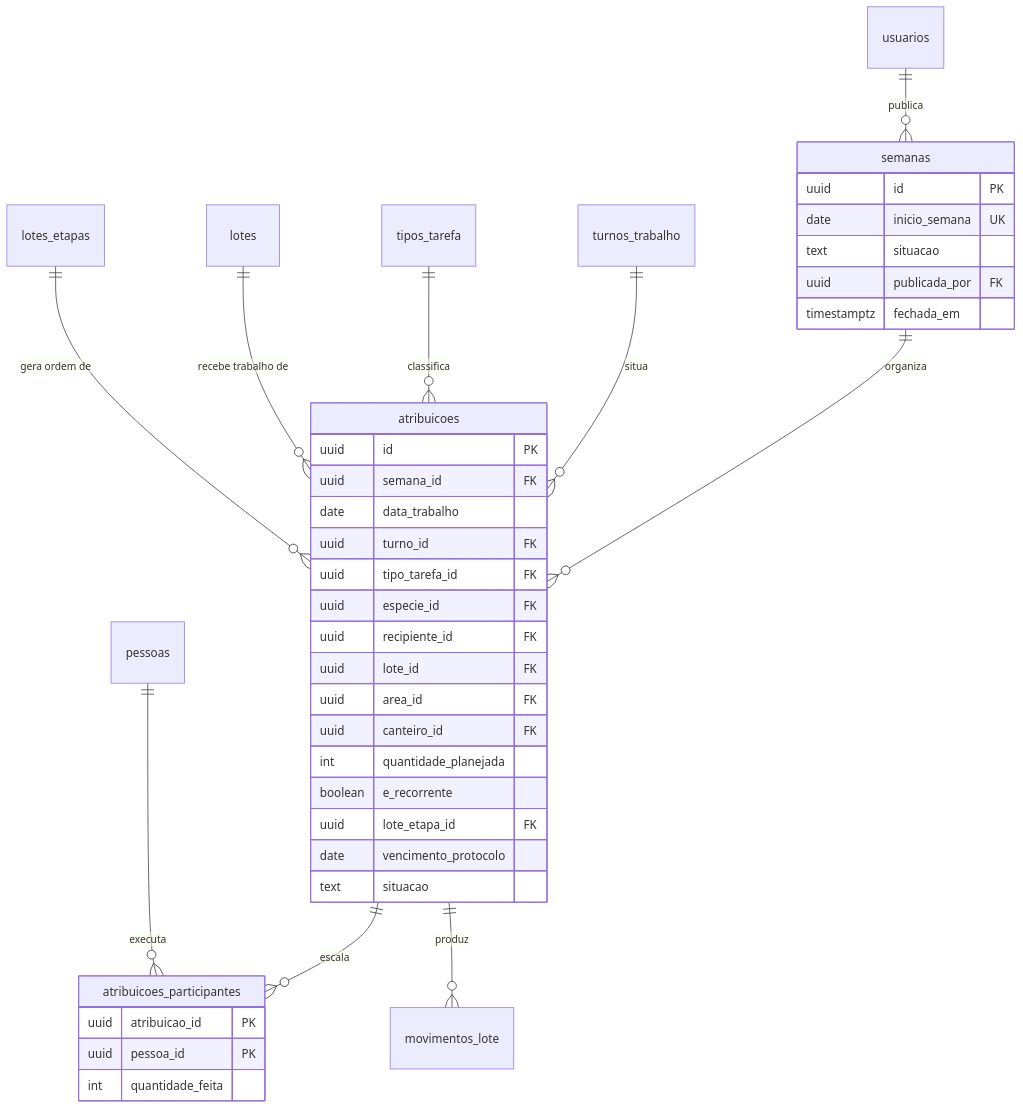
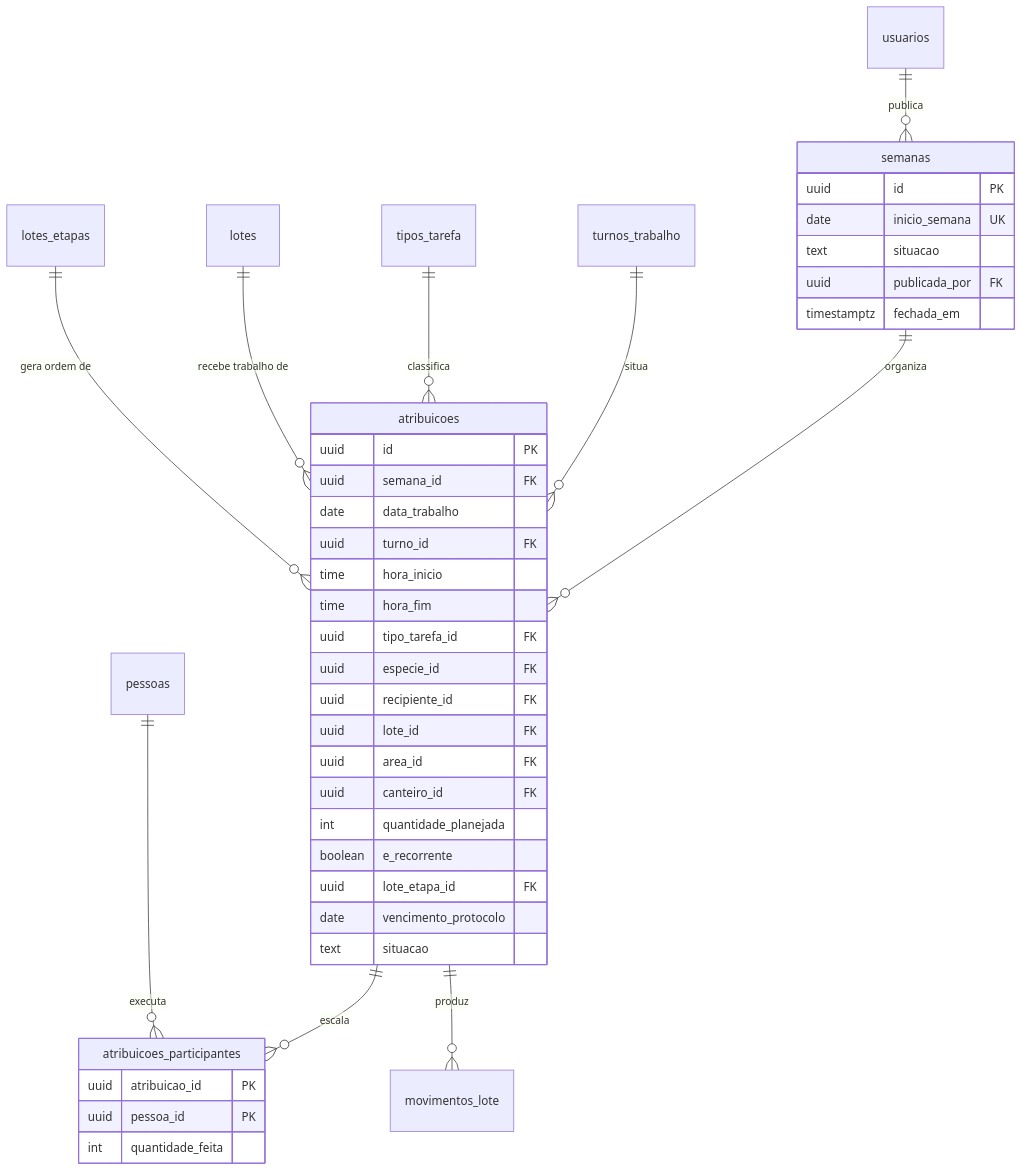
The diagram in docs/engenharia/modelo-dados-pt/mmd/fig14-producao-agenda.mmd (JoaoMudar/tcc), drawn with Mermaid before and after one commit. The commit also changed 22 other files, not shown here.

```diff
--- a/docs/engenharia/modelo-dados-pt/mmd/fig14-producao-agenda.mmd
+++ b/docs/engenharia/modelo-dados-pt/mmd/fig14-producao-agenda.mmd
@@ -1,47 +1,49 @@
 erDiagram
   semanas {
     uuid        id PK
     date        inicio_semana UK
     text        situacao
     uuid        publicada_por FK
     timestamptz fechada_em
   }
   atribuicoes {
     uuid    id PK
     uuid    semana_id FK
     date    data_trabalho
     uuid    turno_id FK
+    time    hora_inicio
+    time    hora_fim
     uuid    tipo_tarefa_id FK
     uuid    especie_id FK
     uuid    recipiente_id FK
     uuid    lote_id FK
     uuid    area_id FK
     uuid    canteiro_id FK
     int     quantidade_planejada
     boolean e_recorrente
     uuid    lote_etapa_id FK
     date    vencimento_protocolo
     text    situacao
   }
   atribuicoes_participantes {
     uuid atribuicao_id PK
     uuid pessoa_id PK
     int  quantidade_feita
   }
   turnos_trabalho {}
   tipos_tarefa {}
   pessoas {}
   usuarios {}
   lotes {}
   lotes_etapas {}
   movimentos_lote {}
 
   semanas     ||--o{ atribuicoes : "organiza"
   atribuicoes ||--o{ atribuicoes_participantes : "escala"
   atribuicoes ||--o{ movimentos_lote : "produz"
   turnos_trabalho ||--o{ atribuicoes : "situa"
   tipos_tarefa    ||--o{ atribuicoes : "classifica"
   pessoas         ||--o{ atribuicoes_participantes : "executa"
   lotes           ||--o{ atribuicoes : "recebe trabalho de"
   lotes_etapas    ||--o{ atribuicoes : "gera ordem de"
   usuarios        ||--o{ semanas : "publica"
```
